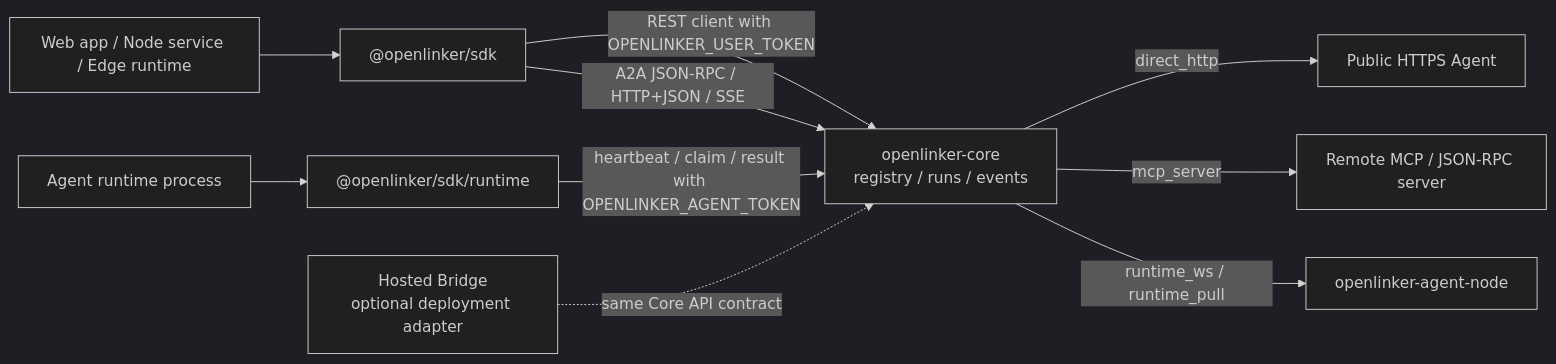
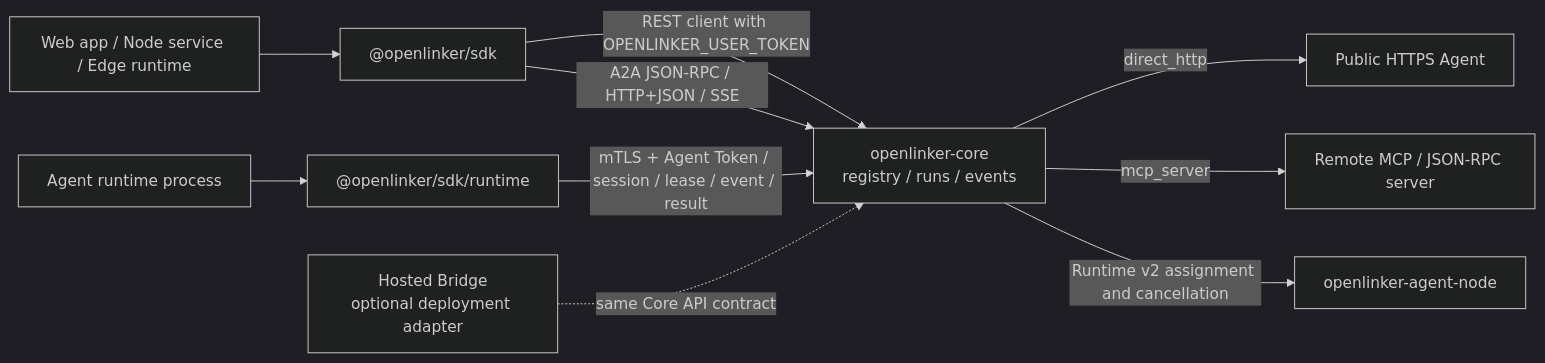
One commit to OpenLinker-ai/openlinker-js changed the diagram in README.md. Above: the diagram before and after it, drawn with Mermaid (dark theme). The commit also changed other lines of this file and 1 other file, not shown here.

Commit message:
docs(runtime): describe the v2 control plane

````diff
--- a/README.md
+++ b/README.md
@@ -33,14 +33,14 @@
 ```mermaid
 flowchart LR
   App["Web app / Node service / Edge runtime"] --> ClientSDK["@openlinker/sdk"]
   ClientSDK -->|"REST client with OPENLINKER_USER_TOKEN"| Core["openlinker-core<br/>registry / runs / events"]
   ClientSDK -->|"A2A JSON-RPC / HTTP+JSON / SSE"| Core
   Runtime["Agent runtime process"] --> RuntimeSDK["@openlinker/sdk/runtime"]
-  RuntimeSDK -->|"heartbeat / claim / result with OPENLINKER_AGENT_TOKEN"| Core
+  RuntimeSDK -->|"mTLS + Agent Token / session / lease / event / result"| Core
 
   HostedBridge["Hosted Bridge<br/>optional deployment adapter"] -.->|"same Core API contract"| Core
 
   Core -->|"direct_http"| HTTPAgent["Public HTTPS Agent"]
   Core -->|"mcp_server"| MCPAgent["Remote MCP / JSON-RPC server"]
-  Core -->|"runtime_ws / runtime_pull"| AgentNode["openlinker-agent-node"]
+  Core -->|"Runtime v2 assignment and cancellation"| AgentNode["openlinker-agent-node"]
 ```
````
